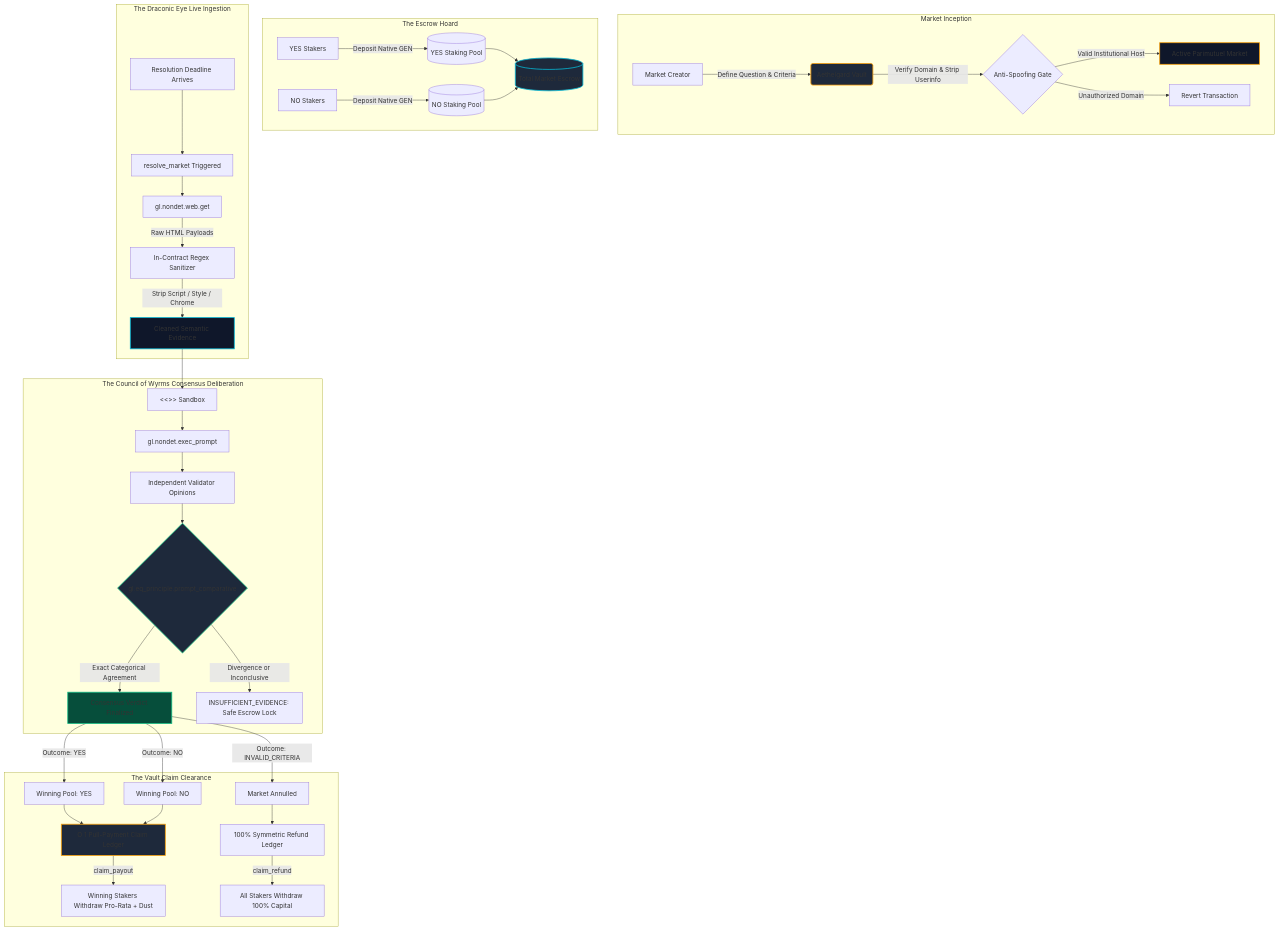
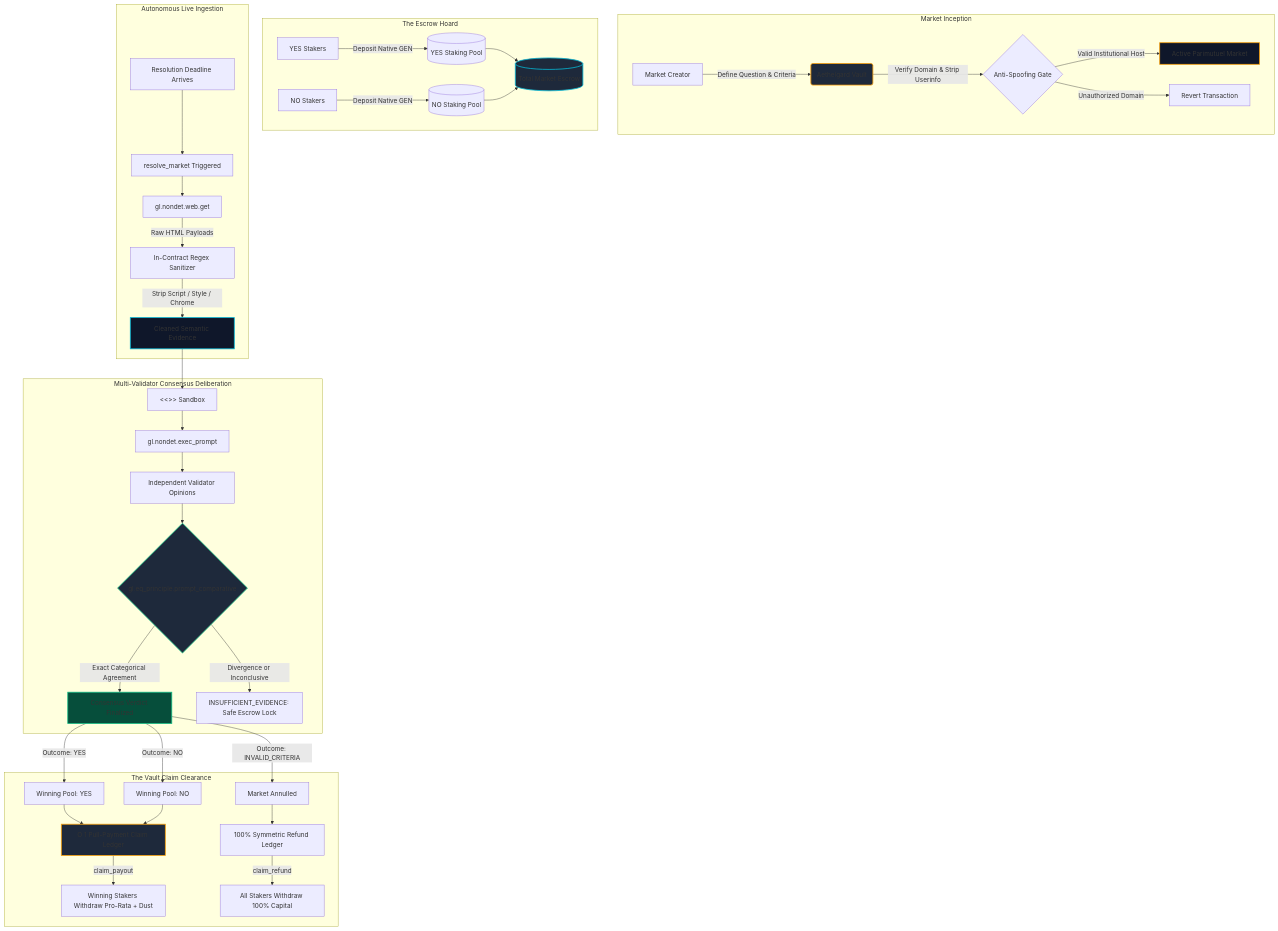
Before and after one commit to 9ja-maxx/aethelgard-protocol: the diagram in README.md, drawn with Mermaid. The commit also changed other lines of this file and 8 other files, not shown here.

````diff
--- a/README.md
+++ b/README.md
@@ -76,53 +76,53 @@
 ```mermaid
 graph TD
     subgraph Market Inception
         A[Market Creator] -->|Define Question & Criteria| B(Aethelgard Vault)
         B -->|Verify Domain & Strip Userinfo| C{Anti-Spoofing Gate}
         C -->|Valid Institutional Host| D[Active Parimutuel Market]
         C -->|Unauthorized Domain| E[Revert Transaction]
     end
 
     subgraph The Escrow Hoard
         F[YES Stakers] -->|Deposit Native GEN| G[(YES Staking Pool)]
         H[NO Stakers] -->|Deposit Native GEN| I[(NO Staking Pool)]
         G --> J[(Total Market Escrow)]
         I --> J
     end
 
-    subgraph The Draconic Eye Live Ingestion
+    subgraph Autonomous Live Ingestion
         K[Resolution Deadline Arrives] --> L[resolve_market Triggered]
         L --> M[gl.nondet.web.get]
         M -->|Raw HTML Payloads| N[In-Contract Regex Sanitizer]
         N -->|Strip Script / Style / Chrome| O[Cleaned Semantic Evidence]
     end
 
-    subgraph The Council of Wyrms Consensus Deliberation
+    subgraph Multi-Validator Consensus Deliberation
         O --> P[<<<UNTRUSTED_WEB_EVIDENCE>>> Sandbox]
         P --> Q[gl.nondet.exec_prompt]
         Q --> R[Independent Validator Opinions]
         R --> S{gl.eq_principle.prompt_comparative}
         S -->|Exact Categorical Agreement| T[Consensus Verdict Finalized]
         S -->|Divergence or Inconclusive| U[INSUFFICIENT_EVIDENCE: Safe Escrow Lock]
     end
 
     subgraph The Vault Claim Clearance
         T -->|Outcome: YES| V[Winning Pool: YES]
         T -->|Outcome: NO| W[Winning Pool: NO]
         T -->|Outcome: INVALID_CRITERIA| X[Market Annulled]
         
         V --> Y[O 1 Pull-Payment Claim Ledger]
         W --> Y
         X --> Z[100% Symmetric Refund Ledger]
         
         Y -->|claim_payout| AA[Winning Stakers Withdraw Pro-Rata + Dust]
         Z -->|claim_refund| BB[All Stakers Withdraw 100% Capital]
     end
 
     style B fill:#1e293b,stroke:#f59e0b,stroke-width:2px;
     style D fill:#0f172a,stroke:#f59e0b,stroke-width:2px;
     style J fill:#1e293b,stroke:#06b6d4,stroke-width:2px;
     style O fill:#0f172a,stroke:#06b6d4,stroke-width:2px;
     style S fill:#1e293b,stroke:#10b981,stroke-width:2px;
     style T fill:#064e3b,stroke:#10b981,stroke-width:2px;
     style Y fill:#1e293b,stroke:#f59e0b,stroke-width:2px;
 ```
````
